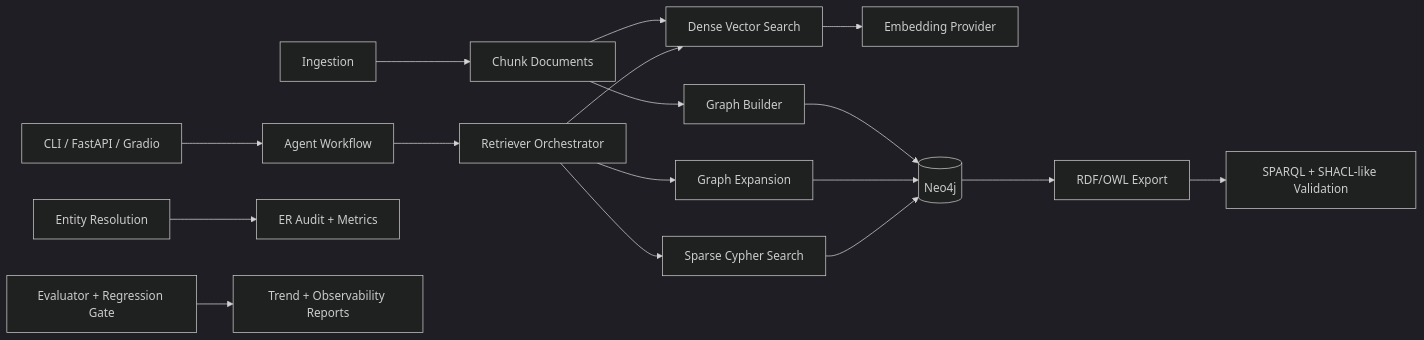
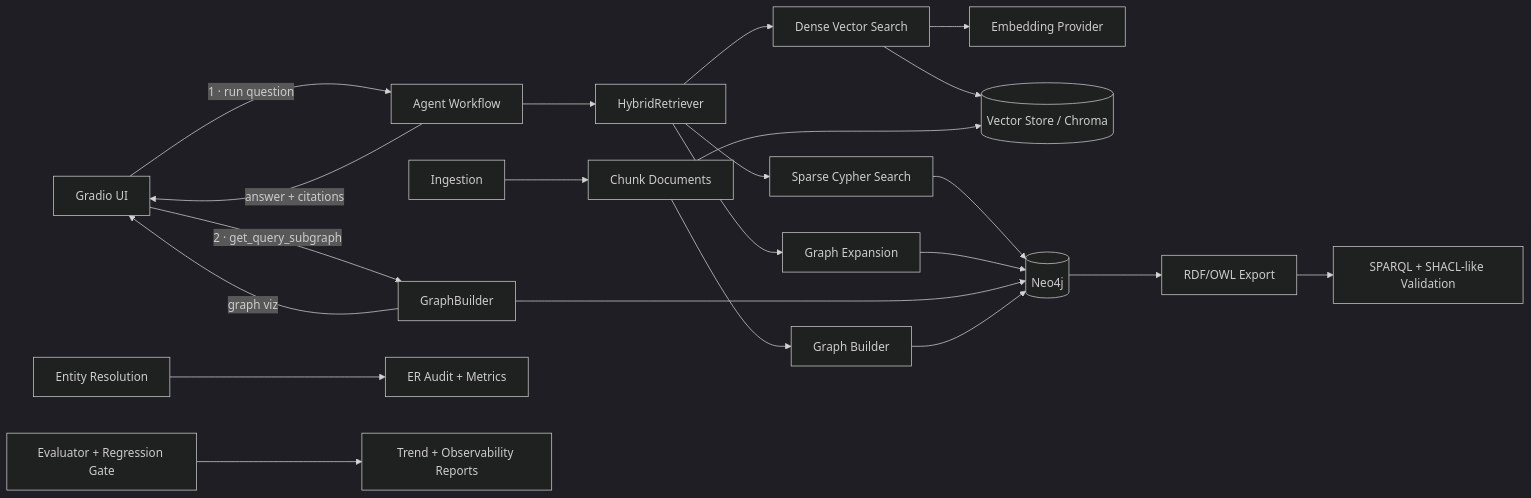
One commit to ethantenison/riskfolio-graphrag-agent changed the diagram in docs/architecture_module_map.md. Above: the diagram before and after it, drawn with Mermaid (dark theme).

Commit message:
docs: update system diagram to reflect Gradio ask flow accurately
Agent-Logs-Url: https://github.com/ethantenison/riskfolio-graphrag-agent/sessions/5f249684-2041-401a-abdc-64838d45f1d8

````diff
--- a/docs/architecture_module_map.md
+++ b/docs/architecture_module_map.md
@@ -11,19 +11,24 @@
 ```mermaid
 flowchart LR
-  A[CLI / FastAPI / Gradio] --> B[Agent Workflow]
-  B --> C[Retriever Orchestrator]
-  C --> D[Dense Vector Search]
-  C --> E[Sparse Cypher Search]
-  C --> F[Graph Expansion]
+  GR[Gradio UI] -- "1 · run question" --> WF[Agent Workflow]
+  WF --> HR[HybridRetriever]
+  HR --> D[Dense Vector Search]
+  HR --> E[Sparse Cypher Search]
+  HR --> F[Graph Expansion]
   D --> G[Embedding Provider]
+  D --> VS[(Vector Store / Chroma)]
   E --> H[(Neo4j)]
   F --> H
+  WF -- "answer + citations" --> GR
+  GR -- "2 · get_query_subgraph" --> GB[GraphBuilder]
+  GB --> H
+  GB -- "graph viz" --> GR
   I[Ingestion] --> J[Chunk Documents]
-  J --> D
+  J --> VS
   J --> K[Graph Builder]
   K --> H
   H --> L[RDF/OWL Export]
   L --> M[SPARQL + SHACL-like Validation]
   N[Entity Resolution] --> O[ER Audit + Metrics]
   P[Evaluator + Regression Gate] --> Q[Trend + Observability Reports]
 ```
````
